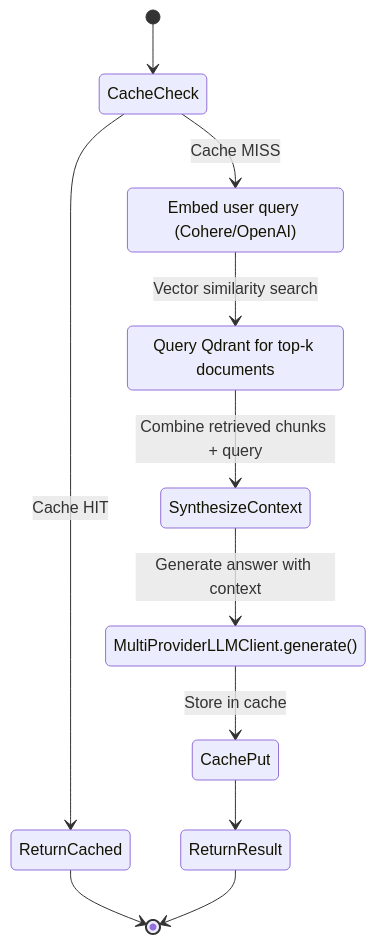
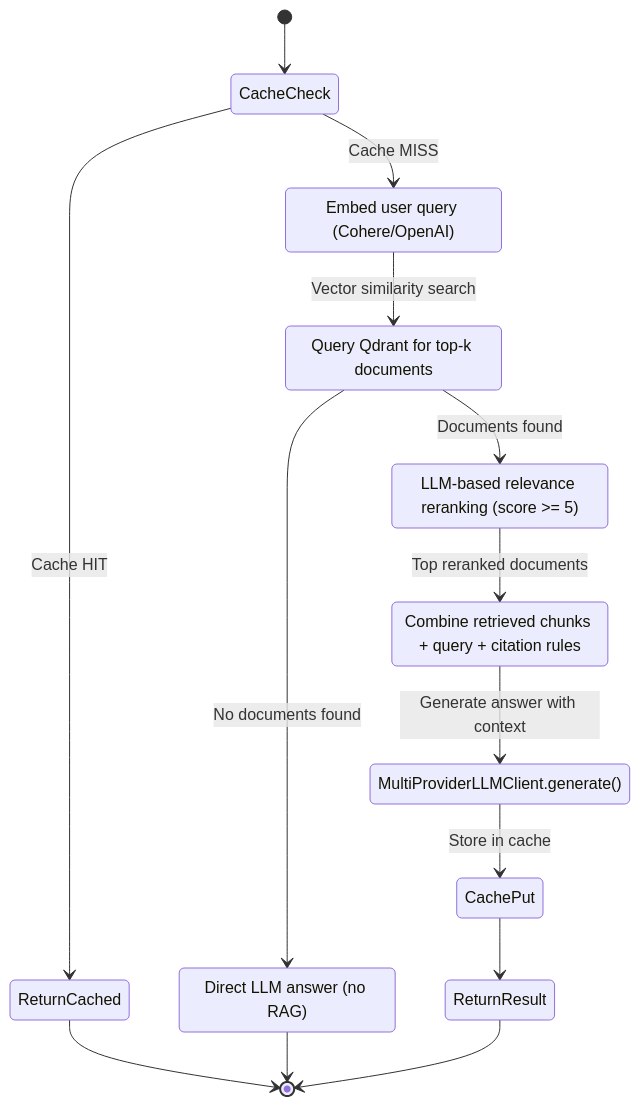
One commit to Zenobia000/openagent_backend changed the third of 7 diagrams in Architecture_Refactoring_Toolkit/project_docs/11_processing_mode_state_machines.md. Above: the diagram before and after it, drawn with Mermaid. The commit also changed other lines of this file and 28 other files, not shown here.

````diff
--- a/Architecture_Refactoring_Toolkit/project_docs/11_processing_mode_state_machines.md
+++ b/Architecture_Refactoring_Toolkit/project_docs/11_processing_mode_state_machines.md
@@ -133,18 +139,29 @@
 ```mermaid
 stateDiagram-v2
     [*] --> CacheCheck
     state CacheCheck <<choice>>
     CacheCheck --> ReturnCached: Cache HIT
     CacheCheck --> GenerateEmbeddings: Cache MISS
 
     GenerateEmbeddings: Embed user query (Cohere/OpenAI)
     GenerateEmbeddings --> SearchVectorDB: Vector similarity search
     SearchVectorDB: Query Qdrant for top-k documents
-    SearchVectorDB --> SynthesizeContext: Combine retrieved chunks + query
+
+    state SearchVectorDB <<choice>>
+    SearchVectorDB --> LLMFallback: No documents found
+    SearchVectorDB --> RerankDocuments: Documents found
+
+    RerankDocuments: LLM-based relevance reranking (score >= 5)
+    RerankDocuments --> SynthesizeContext: Top reranked documents
+
+    LLMFallback: Direct LLM answer (no RAG)
+    LLMFallback --> [*]
+
+    SynthesizeContext: Combine retrieved chunks + query + citation rules
     SynthesizeContext --> CallLLM: Generate answer with context
     CallLLM: MultiProviderLLMClient.generate()
     CallLLM --> CachePut: Store in cache
     CachePut --> ReturnResult
     ReturnCached --> [*]
     ReturnResult --> [*]
 ```
````
